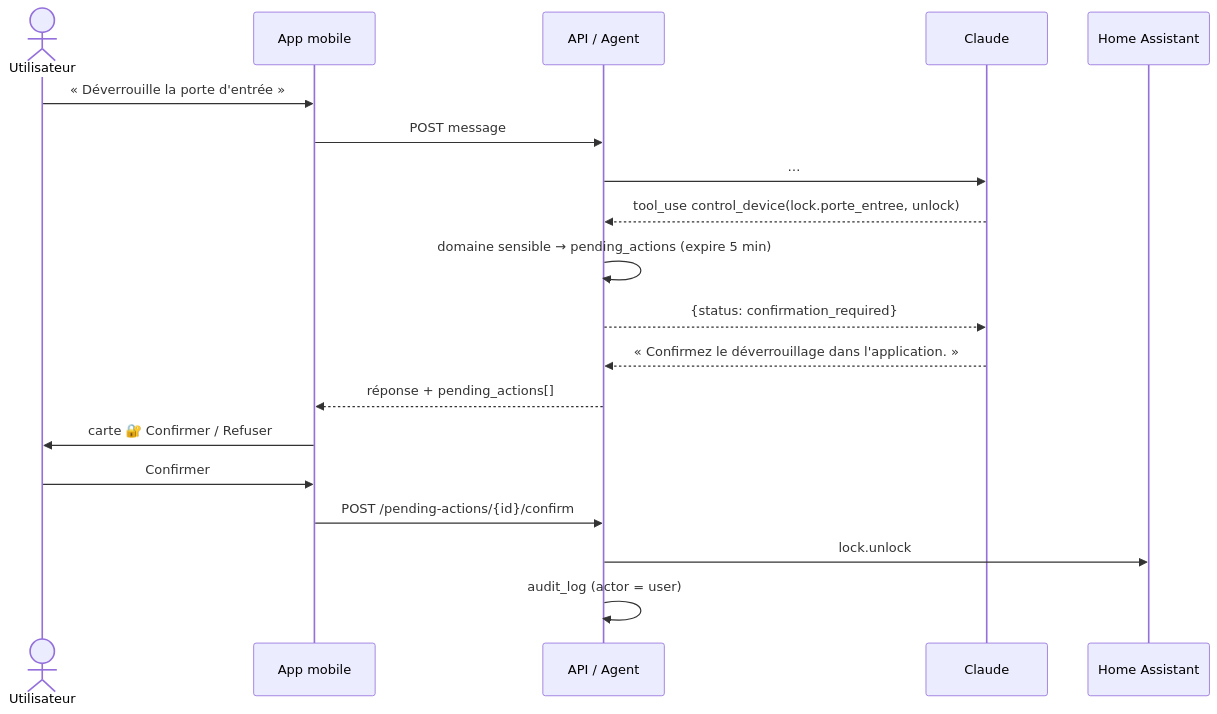
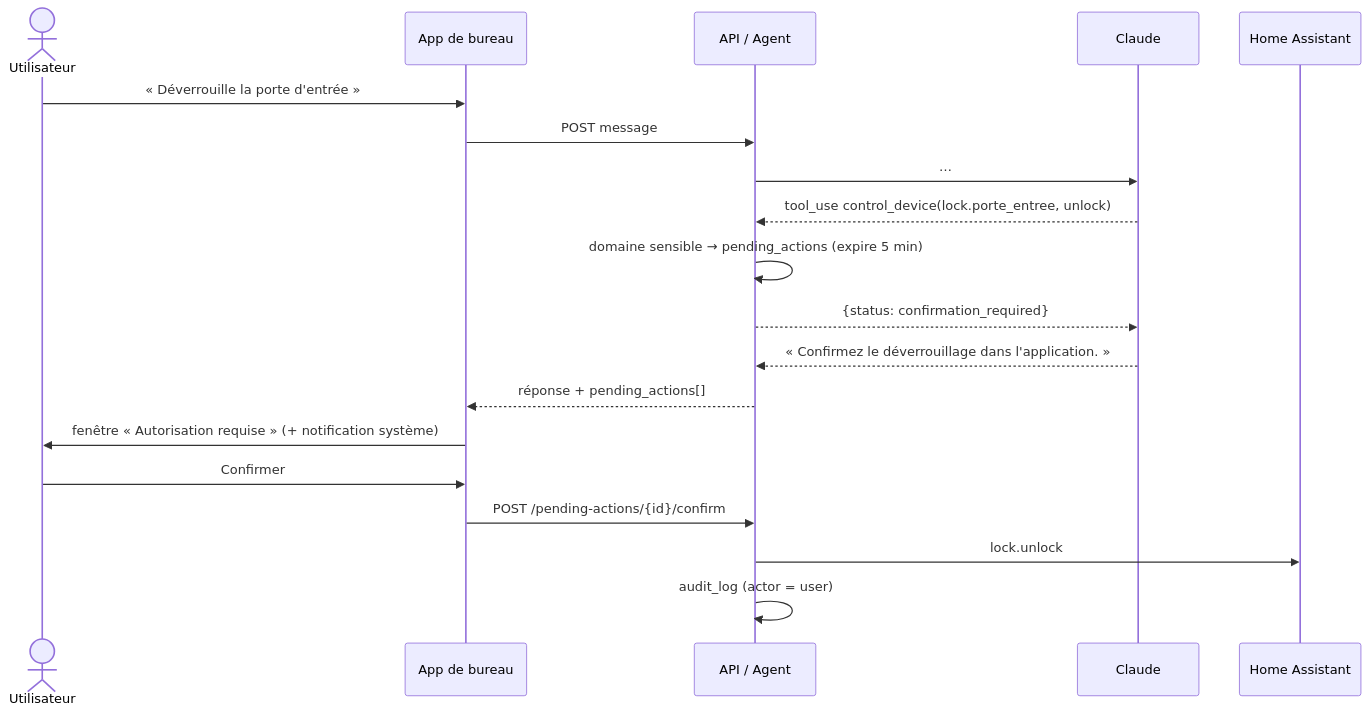
The third of 3 diagrams in docs/ARCHITECTURE.md (avaury70-cell/aide-ia-), drawn with Mermaid before and after one commit. The commit also changed other lines of this file and 82 other files, not shown here.

````diff
--- a/docs/ARCHITECTURE.md
+++ b/docs/ARCHITECTURE.md
@@ -204,21 +228,21 @@
 ```mermaid
 sequenceDiagram
     actor U as Utilisateur
-    participant M as App mobile
+    participant M as App de bureau
     participant A as API / Agent
     participant C as Claude
     participant H as Home Assistant
     U->>M: « Déverrouille la porte d'entrée »
     M->>A: POST message
     A->>C: …
     C-->>A: tool_use control_device(lock.porte_entree, unlock)
     A->>A: domaine sensible → pending_actions (expire 5 min)
     A-->>C: {status: confirmation_required}
     C-->>A: « Confirmez le déverrouillage dans l'application. »
     A-->>M: réponse + pending_actions[]
-    M->>U: carte 🔐 Confirmer / Refuser
+    M->>U: fenêtre « Autorisation requise » (+ notification système)
     U->>M: Confirmer
     M->>A: POST /pending-actions/{id}/confirm
     A->>H: lock.unlock
     A->>A: audit_log (actor = user)
 ```
````
